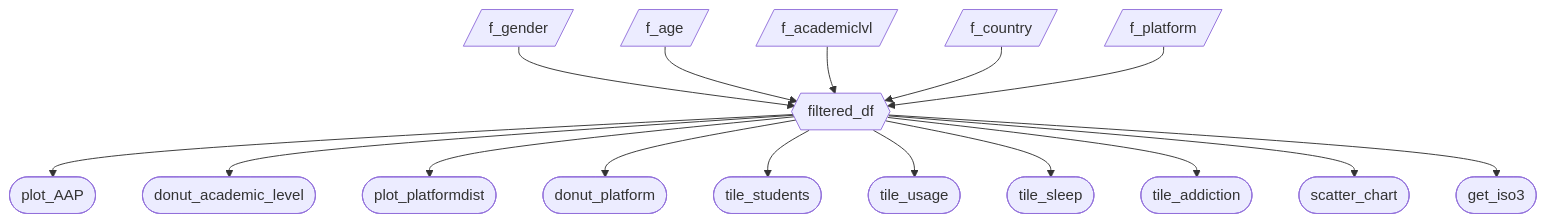
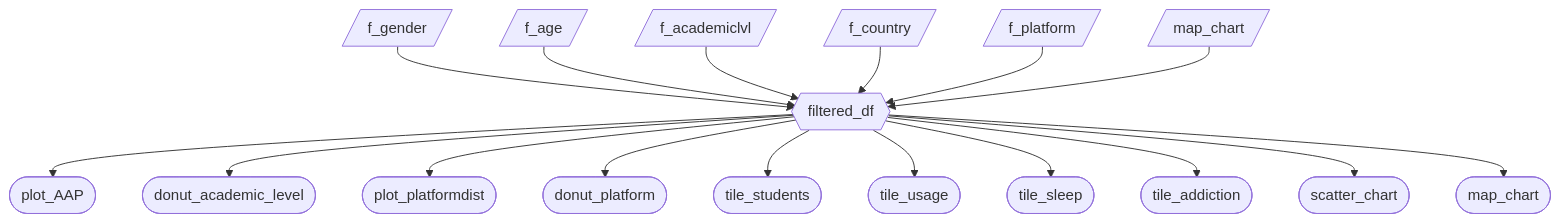
One commit to UBC-MDS/DSCI-532_2026_30_foobar changed the first of 2 diagrams in reports/m2_spec.md. Above: the diagram before and after it, drawn with Mermaid. The commit also changed other lines of this file, not shown here.

Commit message:
Specified map_chart as an input for advanced features

````diff
--- a/reports/m2_spec.md
+++ b/reports/m2_spec.md
@@ -47,18 +47,19 @@
 ``` mermaid
 flowchart TD
   A[/f_gender/] --> F{{filtered_df}}
   B[/f_age/] --> F
   C[/f_academiclvl/] --> F
   D[/f_country/] --> F
   E[/f_platform/] --> F
+  P10i[/map_chart/] --> F
   F --> P1([plot_AAP])
   F --> P2([donut_academic_level])
   F --> P3([plot_platformdist])
   F --> P4([donut_platform])
   F --> P5([tile_students])
   F --> P6([tile_usage])
   F --> P7([tile_sleep])
   F --> P8([tile_addiction])
   F --> P9([scatter_chart])
-  F --> P10([get_iso3])
+  F --> P10([map_chart])
 ```
````
